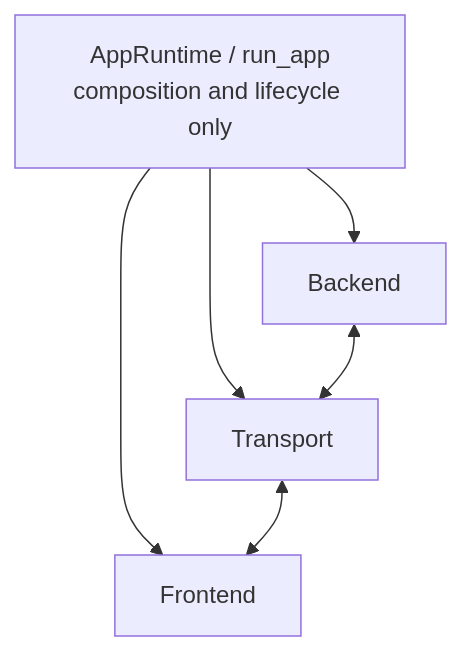
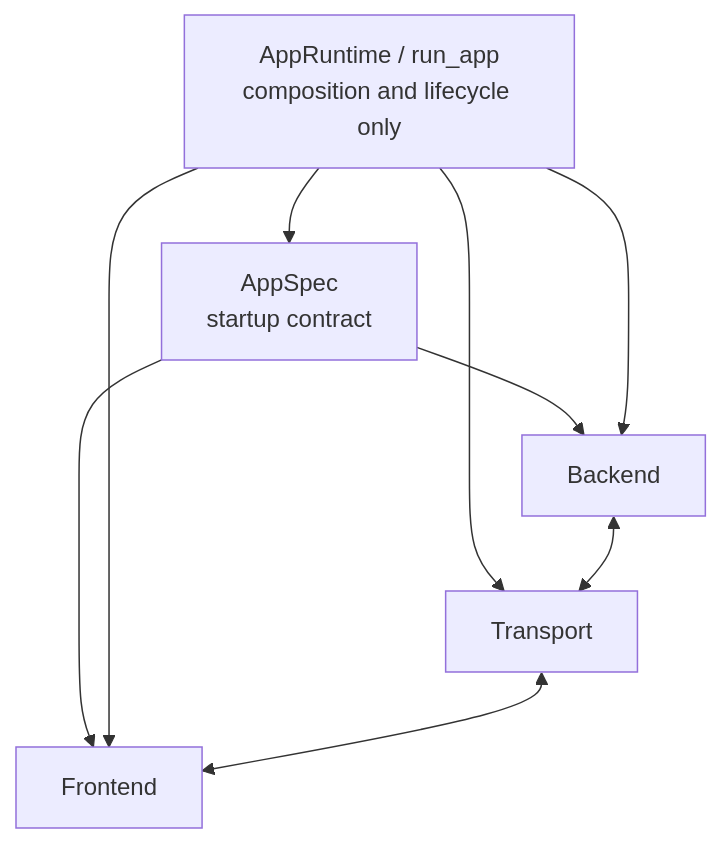
Diagram 21 of 21 in docs/architecture/design/proposals/backend-transport-frontend-proposal.md (orrenravid1/CompartmentalNeuronGUI), drawn with Mermaid before and after one commit. The commit also changed other lines of this file and 31 other files, not shown here.

Commit message:
Reframed all the frontend and backend as actors and roles which can exist in multiplatform scenario and also made appspec implementation complete

````diff
--- a/docs/architecture/design/proposals/backend-transport-frontend-proposal.md
+++ b/docs/architecture/design/proposals/backend-transport-frontend-proposal.md
@@ -1504,12 +1638,16 @@
 ```mermaid
 flowchart TD
     AppRuntime[AppRuntime / run_app<br/>composition and lifecycle only]
+    AppSpec[AppSpec<br/>startup contract]
     Backend[Backend]
     Transport[Transport]
     Frontend[Frontend]
 
+    AppRuntime --> AppSpec
+    AppSpec --> Backend
+    AppSpec --> Frontend
     AppRuntime --> Backend
     AppRuntime --> Transport
     AppRuntime --> Frontend
     Backend <--> Transport <--> Frontend
 ```
````
